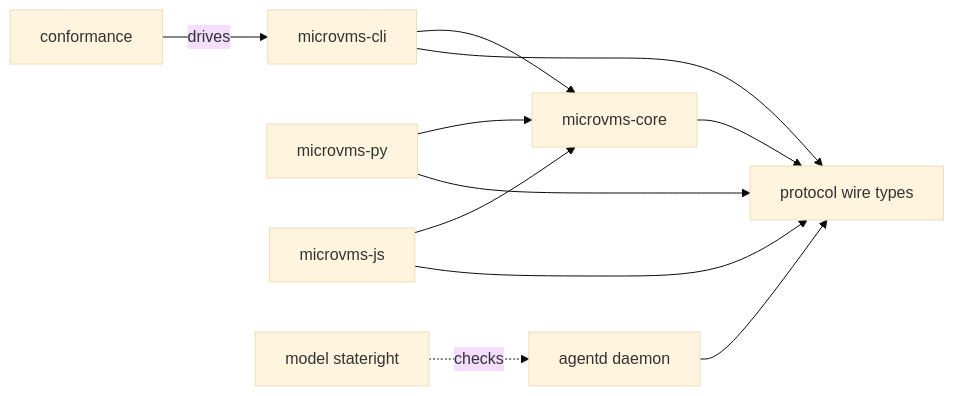
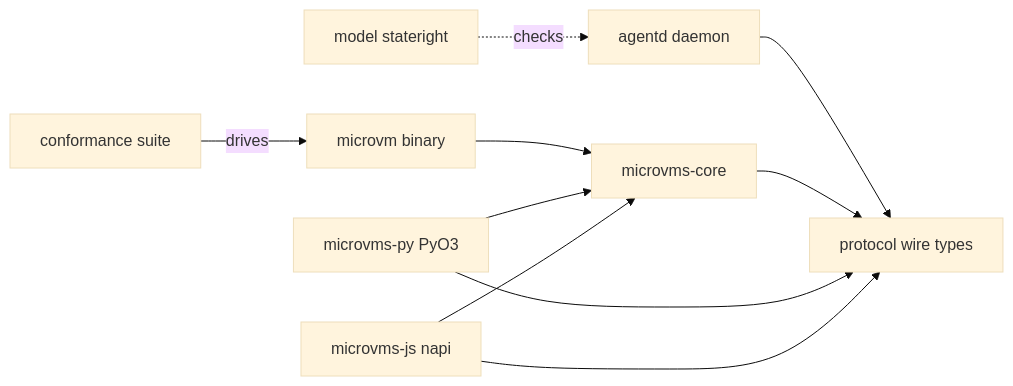
Before and after one commit to theagenticguy/microvms-agentd: the diagram in docs/architecture/system-overview.md, drawn with Mermaid (base theme). The commit also changed other lines of this file and 19 other files, not shown here.

````diff
--- a/docs/architecture/system-overview.md
+++ b/docs/architecture/system-overview.md
@@ -77,22 +79,21 @@
 ```mermaid
 flowchart LR
   protocol[protocol wire types]
   agentd[agentd daemon]
   core[microvms-core]
-  cli[microvms-cli]
-  py[microvms-py]
-  js[microvms-js]
+  cli[microvm binary]
+  py[microvms-py PyO3]
+  js[microvms-js napi]
   model[model stateright]
-  conf[conformance]
+  conf[conformance suite]
 
   agentd --> protocol
   core --> protocol
   cli --> core
-  cli --> protocol
   py --> core
   py --> protocol
   js --> core
   js --> protocol
   conf -->|drives| cli
   model -.checks.-> agentd
 ```
````
